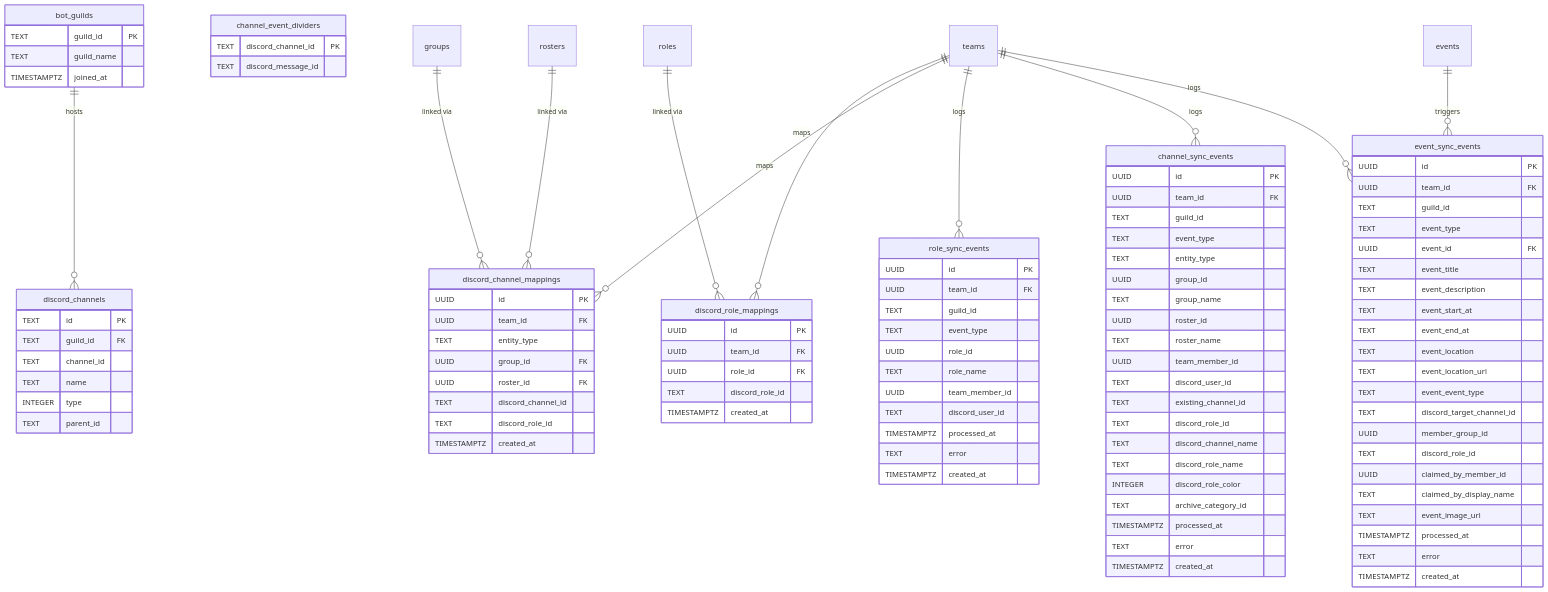
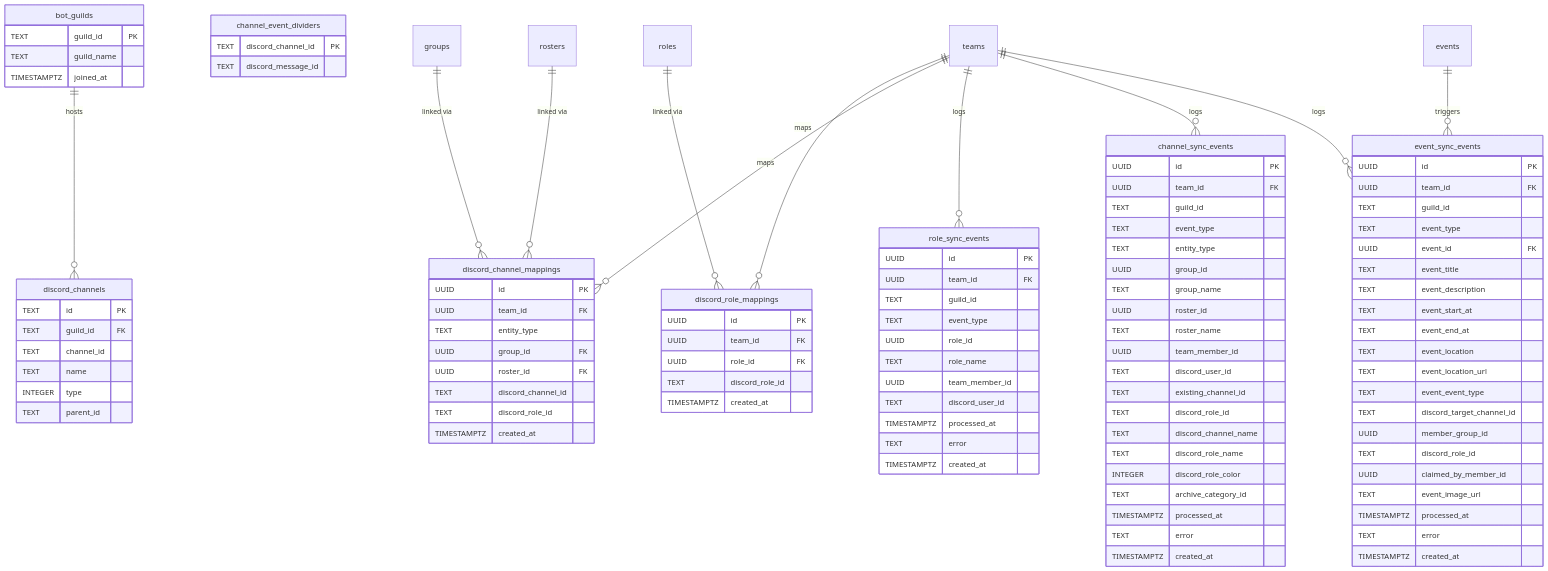
The eighth of 12 diagrams in docs/thesis/er-diagram.md (maxa-ondrej/sideline), drawn with Mermaid before and after one commit. The commit also changed 15 other files, not shown here.

```diff
--- a/docs/thesis/er-diagram.md
+++ b/docs/thesis/er-diagram.md
@@ -514,7 +514,6 @@
         UUID member_group_id
         TEXT discord_role_id
         UUID claimed_by_member_id
-        TEXT claimed_by_display_name
         TEXT event_image_url
         TIMESTAMPTZ processed_at
         TEXT error
```
